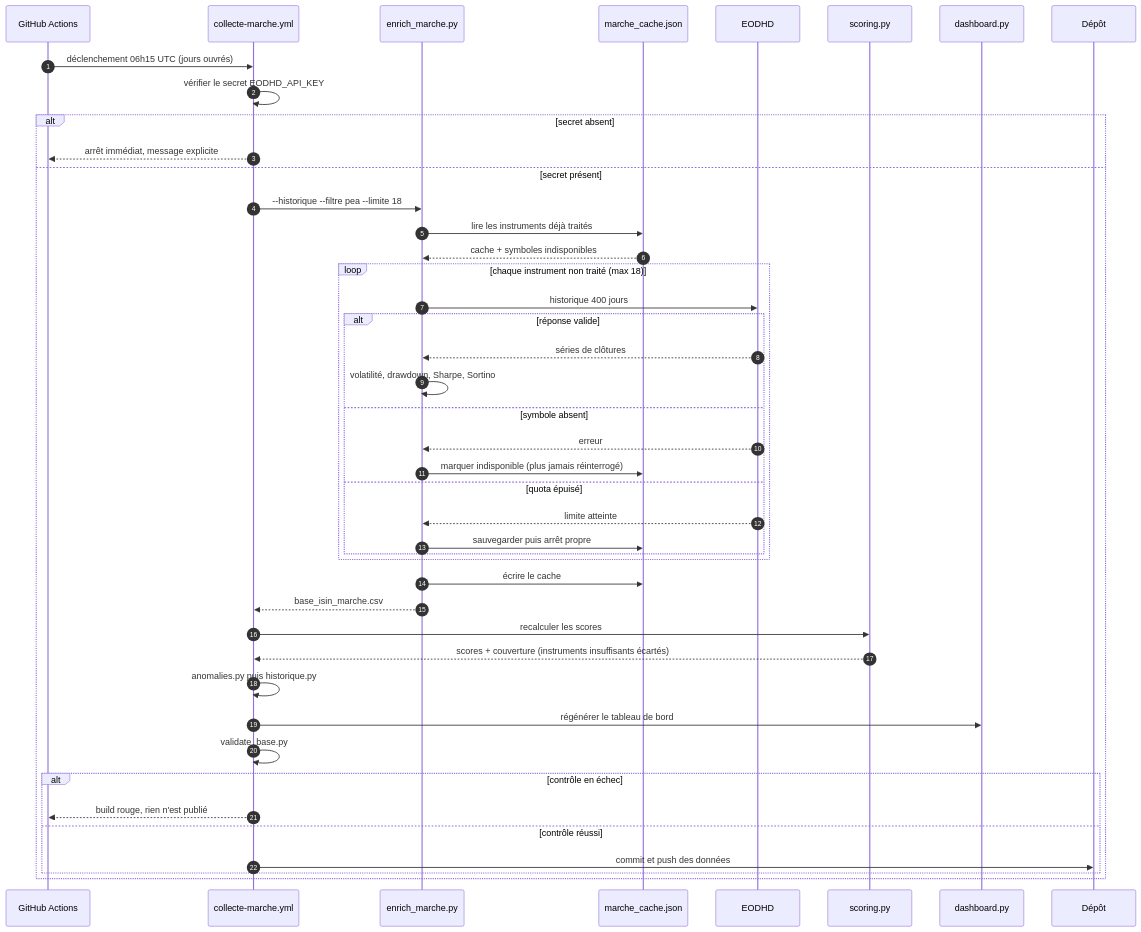
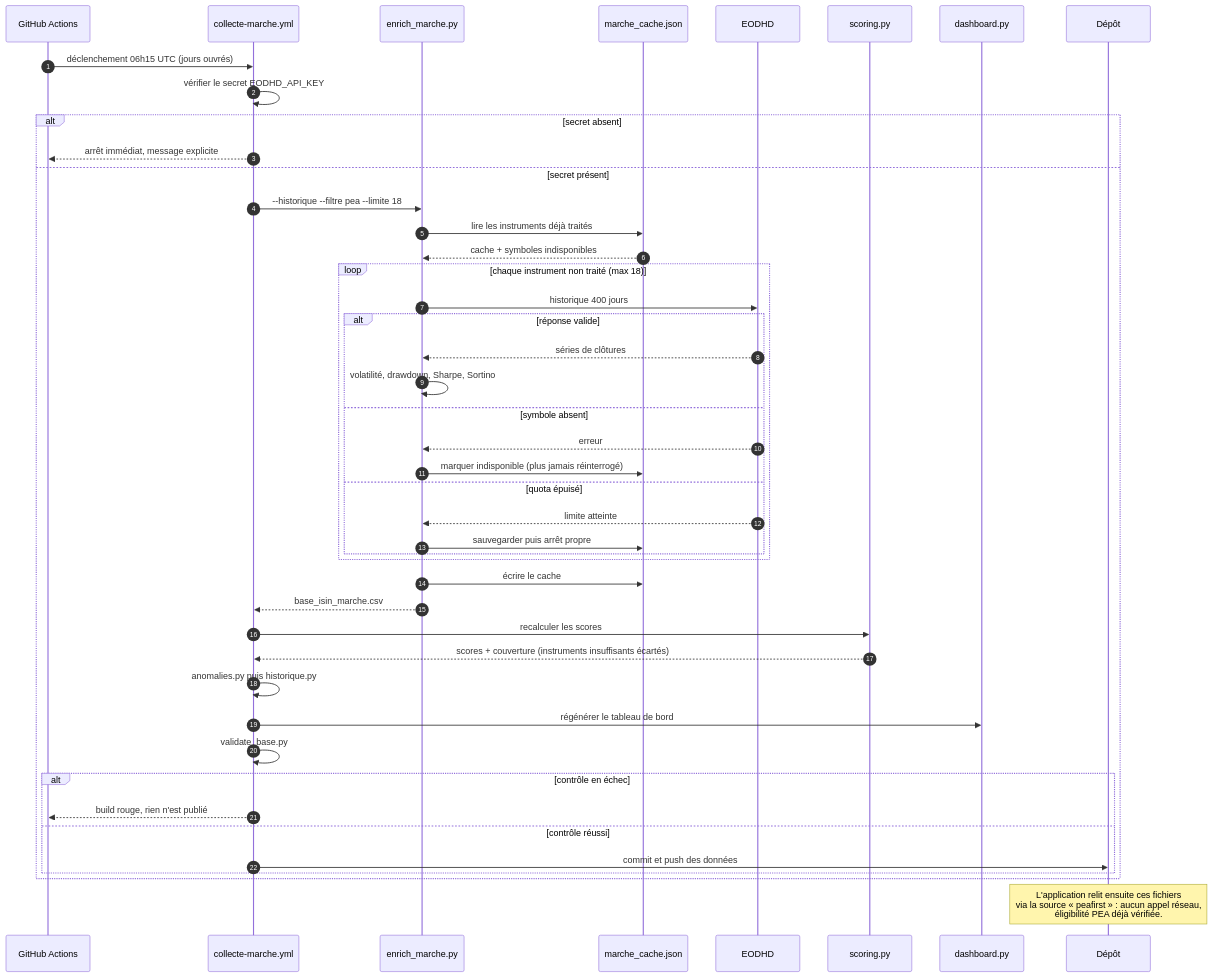
One commit to FredGarcia/PEAFirst changed the third of 3 diagrams in README.md. Above: the diagram before and after it, drawn with Mermaid. The commit also changed other lines of this file and 4 other files, not shown here.

````diff
--- a/README.md
+++ b/README.md
@@ -211,50 +270,52 @@
 ```mermaid
 sequenceDiagram
     autonumber
     participant GA as GitHub Actions
     participant WF as collecte-marche.yml
     participant EM as enrich_marche.py
     participant CA as marche_cache.json
     participant EO as EODHD
     participant SC as scoring.py
     participant DA as dashboard.py
     participant RE as Dépôt
 
     GA->>WF: déclenchement 06h15 UTC (jours ouvrés)
     WF->>WF: vérifier le secret EODHD_API_KEY
     alt secret absent
         WF-->>GA: arrêt immédiat, message explicite
     else secret présent
         WF->>EM: --historique --filtre pea --limite 18
         EM->>CA: lire les instruments déjà traités
         CA-->>EM: cache + symboles indisponibles
 
         loop chaque instrument non traité (max 18)
             EM->>EO: historique 400 jours
             alt réponse valide
                 EO-->>EM: séries de clôtures
                 EM->>EM: volatilité, drawdown, Sharpe, Sortino
             else symbole absent
                 EO-->>EM: erreur
                 EM->>CA: marquer indisponible (plus jamais réinterrogé)
             else quota épuisé
                 EO-->>EM: limite atteinte
                 EM->>CA: sauvegarder puis arrêt propre
             end
         end
 
         EM->>CA: écrire le cache
         EM-->>WF: base_isin_marche.csv
 
         WF->>SC: recalculer les scores
         SC-->>WF: scores + couverture (instruments insuffisants écartés)
         WF->>WF: anomalies.py puis historique.py
         WF->>DA: régénérer le tableau de bord
         WF->>WF: validate_base.py
         alt contrôle en échec
             WF-->>GA: build rouge, rien n'est publié
         else contrôle réussi
             WF->>RE: commit et push des données
         end
     end
+
+    Note over RE: L'application relit ensuite ces fichiers<br/>via la source « peafirst » : aucun appel réseau,<br/>éligibilité PEA déjà vérifiée.
 ```
````
